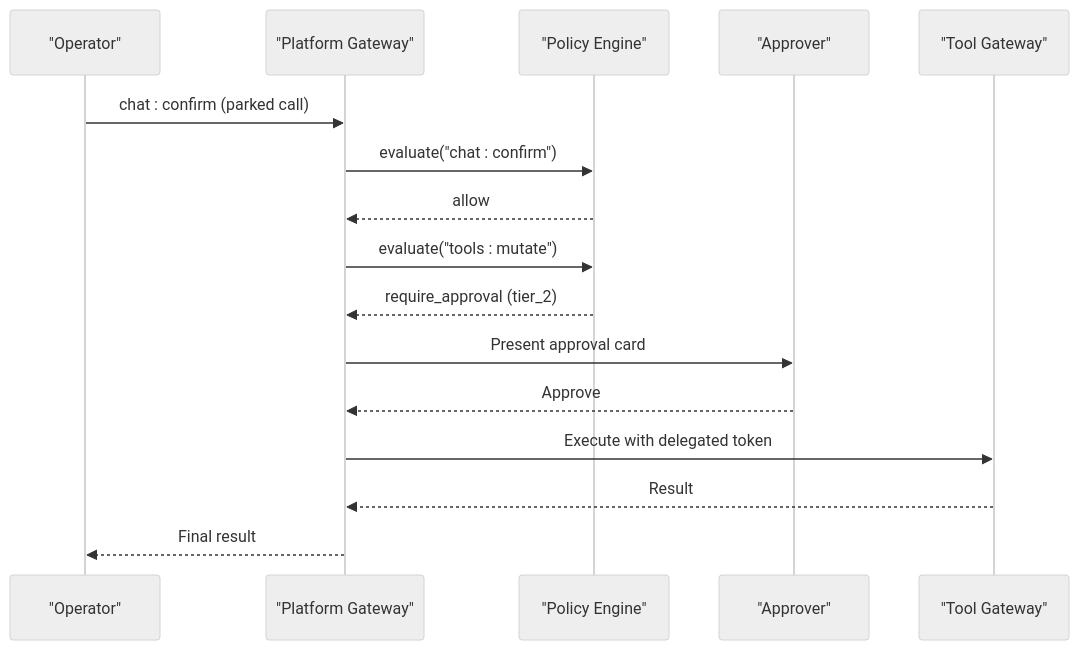
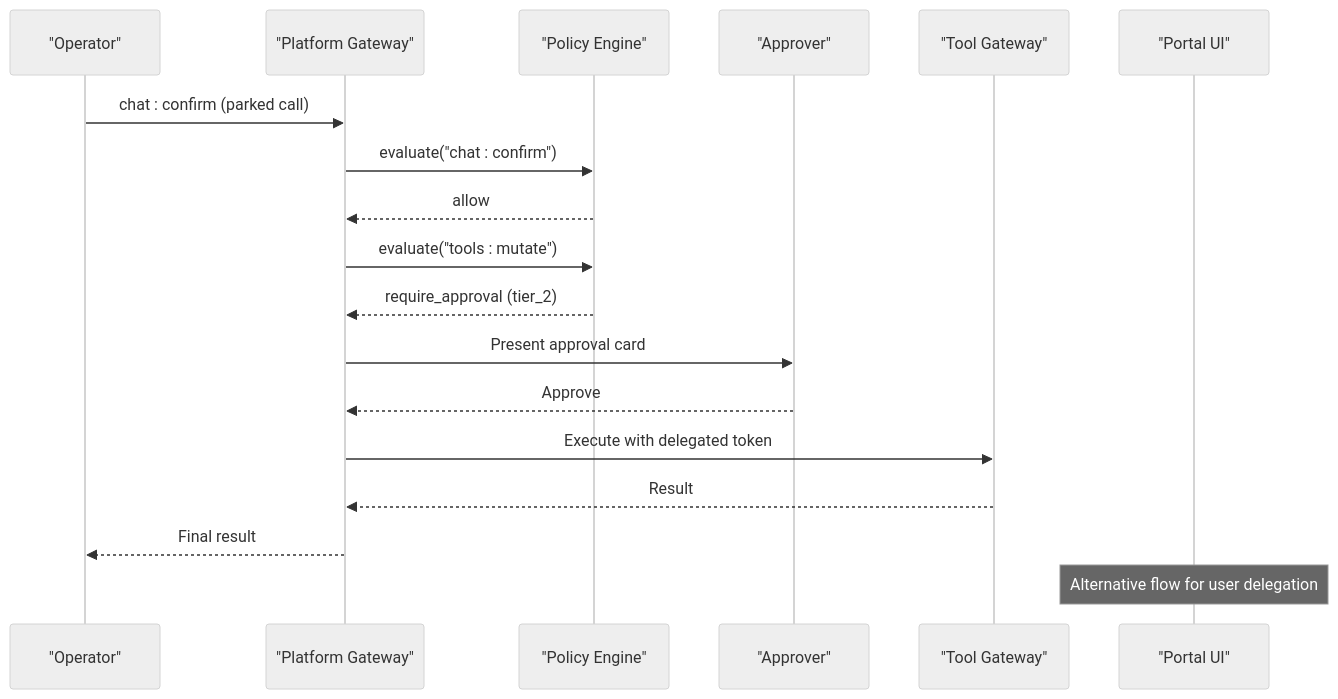
The tenth of 12 diagrams in .qoder/repowiki/en/content/Core Services/Platform Gateway/Policy Engine and Authorization.md (metasync/luban-aiops), drawn with Mermaid (neutral theme) before and after one commit. The commit also changed other lines of this file and 215 other files, not shown here.

````diff
--- a/.qoder/repowiki/en/content/Core Services/Platform Gateway/Policy Engine and Authorization.md
+++ b/.qoder/repowiki/en/content/Core Services/Platform Gateway/Policy Engine and Authorization.md
@@ -262,18 +422,20 @@
 ```mermaid
 sequenceDiagram
 participant Client as "Operator"
 participant PGW as "Platform Gateway"
 participant PE as "Policy Engine"
 participant Approver as "Approver"
 participant TM as "Tool Gateway"
+participant Portal as "Portal UI"
 Client->>PGW : chat : confirm (parked call)
 PGW->>PE : evaluate("chat : confirm")
 PE-->>PGW : allow
 PGW->>PE : evaluate("tools : mutate")
 PE-->>PGW : require_approval (tier_2)
 PGW->>Approver : Present approval card
 Approver-->>PGW : Approve
 PGW->>TM : Execute with delegated token
 TM-->>PGW : Result
 PGW-->>Client : Final result
+Note over Portal : Alternative flow for user delegation
 ```
````
